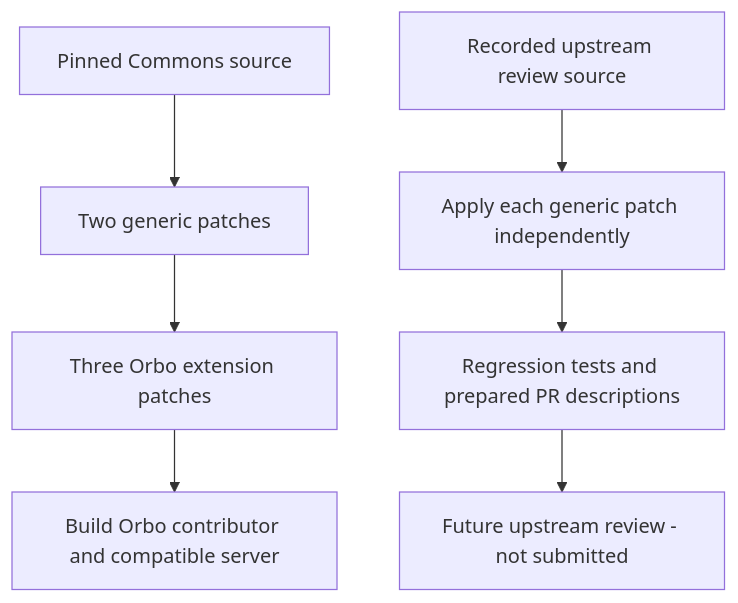
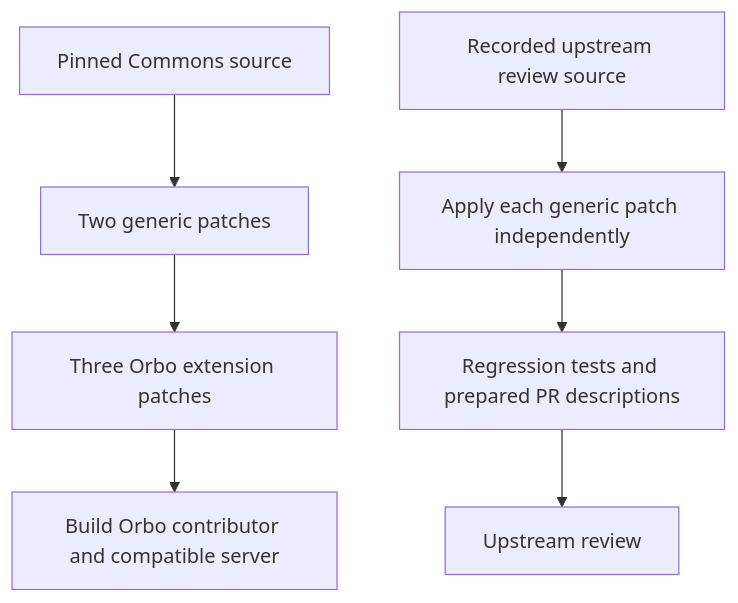
One commit to PlaiPin/little-orbo changed the diagram in integrations/trace_commons/README.md. Above: the diagram before and after it, drawn with Mermaid. The commit also changed other lines of this file and 10 other files, not shown here.

````diff
--- a/integrations/trace_commons/README.md
+++ b/integrations/trace_commons/README.md
@@ -31,9 +21,9 @@
 ```mermaid
 flowchart TD
     P[Pinned Commons source] --> G[Two generic patches]
     G --> O[Three Orbo extension patches]
     O --> B[Build Orbo contributor and compatible server]
     U[Recorded upstream review source] --> I[Apply each generic patch independently]
     I --> T[Regression tests and prepared PR descriptions]
-    T --> R[Future upstream review - not submitted]
+    T --> R[Upstream review]
 ```
````
